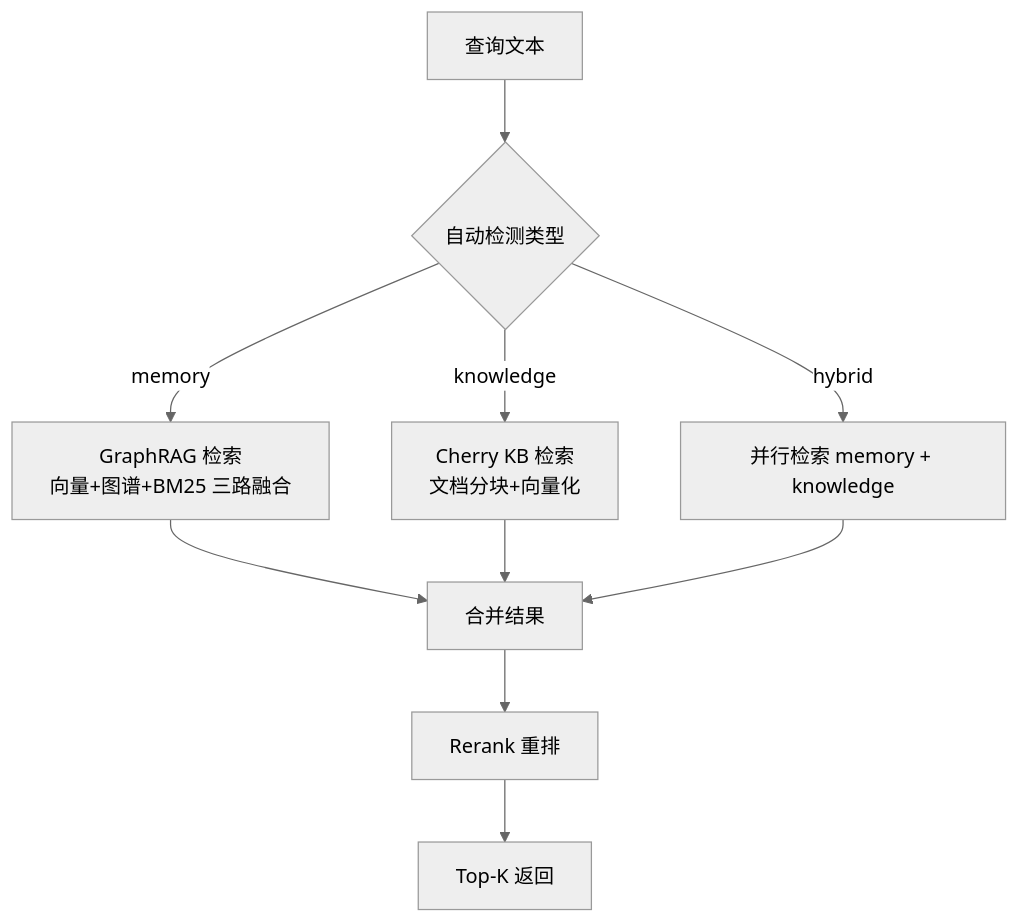
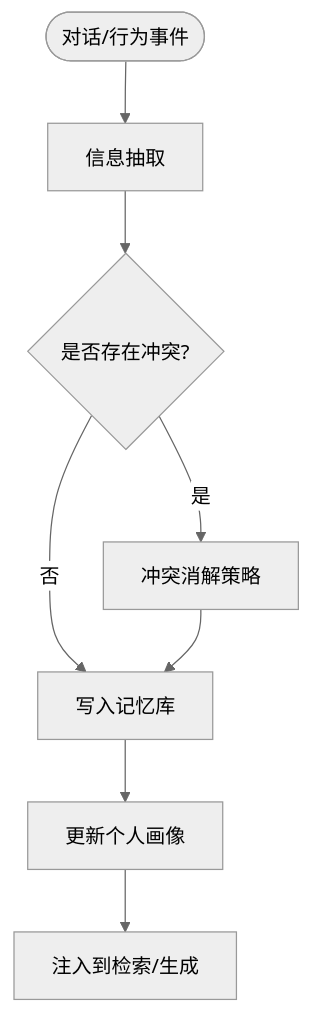
One commit to zmdhdu/NexusCockpit changed the sixth of 11 diagrams in .qoder/repowiki/zh/content/项目概述/项目概述.md. Above: the diagram before and after it, drawn with Mermaid (neutral theme). The commit also changed other lines of this file and 535 other files, not shown here.

````diff
--- a/.qoder/repowiki/zh/content/项目概述/项目概述.md
+++ b/.qoder/repowiki/zh/content/项目概述/项目概述.md
@@ -202,12 +360,10 @@
 ```mermaid
 flowchart TD
-Q["查询文本"] --> T{"自动检测类型"}
-T --> |memory| M["GraphRAG 检索<br/>向量+图谱+BM25 三路融合"]
-T --> |knowledge| K["Cherry KB 检索<br/>文档分块+向量化"]
-T --> |hybrid| H["并行检索 memory + knowledge"]
-M --> F["合并结果"]
-K --> F
-H --> F
-F --> RR["Rerank 重排"]
-RR --> O["Top-K 返回"]
+Ingest(["对话/行为事件"]) --> Extract["信息抽取"]
+Extract --> Conflict{"是否存在冲突?"}
+Conflict --> |是| Resolve["冲突消解策略"]
+Conflict --> |否| Store["写入记忆库"]
+Resolve --> Store
+Store --> Profile["更新个人画像"]
+Profile --> Use["注入到检索/生成"]
 ```
````
